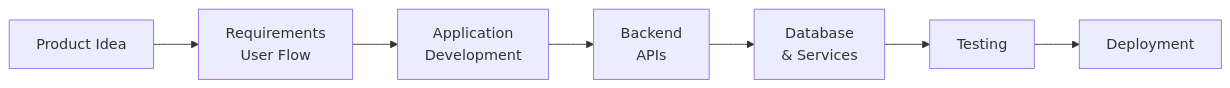
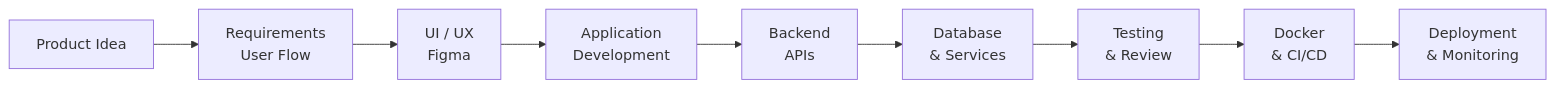
The second of 2 diagrams in README.md (waqas-gul/waqas-gul), drawn with Mermaid before and after one commit. The commit also changed other lines of this file, not shown here.

````diff
--- a/README.md
+++ b/README.md
@@ -404,18 +567,22 @@
 ```mermaid
 flowchart LR
 
     IDEA["Product Idea"]
     PLAN["Requirements<br/>User Flow"]
+    DESIGN["UI / UX<br/>Figma"]
     APP["Application<br/>Development"]
     API["Backend<br/>APIs"]
     DATA["Database<br/>& Services"]
-    TEST["Testing"]
-    DEPLOY["Deployment"]
+    TEST["Testing<br/>& Review"]
+    SHIP["Docker<br/>& CI/CD"]
+    DEPLOY["Deployment<br/>& Monitoring"]
 
     IDEA --> PLAN
-    PLAN --> APP
+    PLAN --> DESIGN
+    DESIGN --> APP
     APP --> API
     API --> DATA
     DATA --> TEST
-    TEST --> DEPLOY
+    TEST --> SHIP
+    SHIP --> DEPLOY
 ```
````
